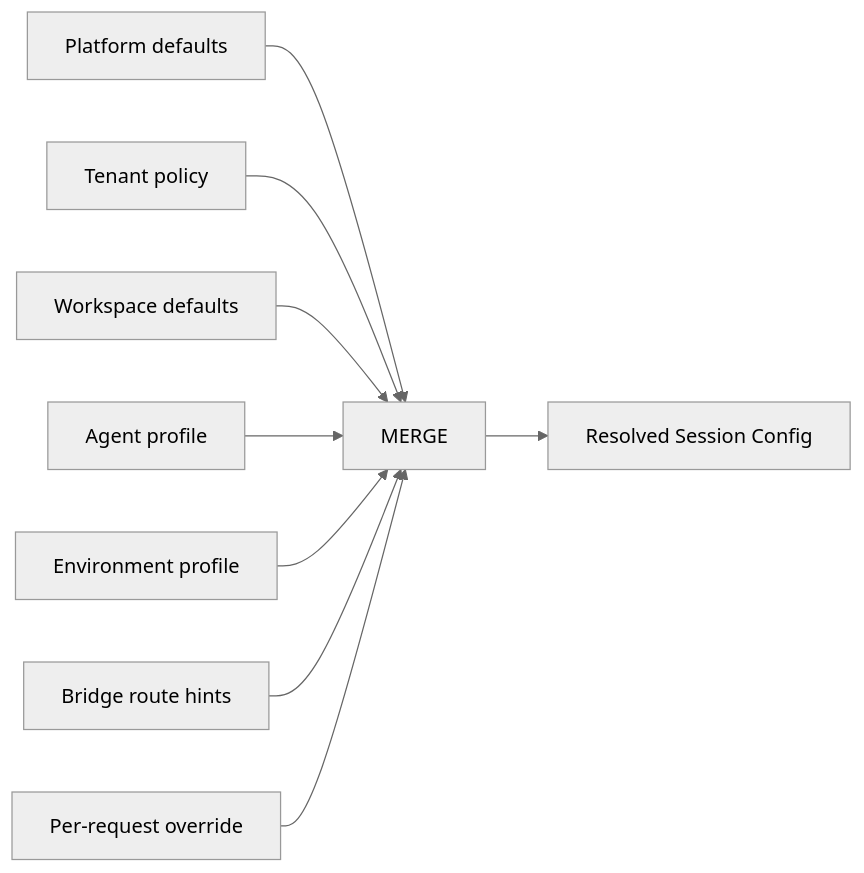
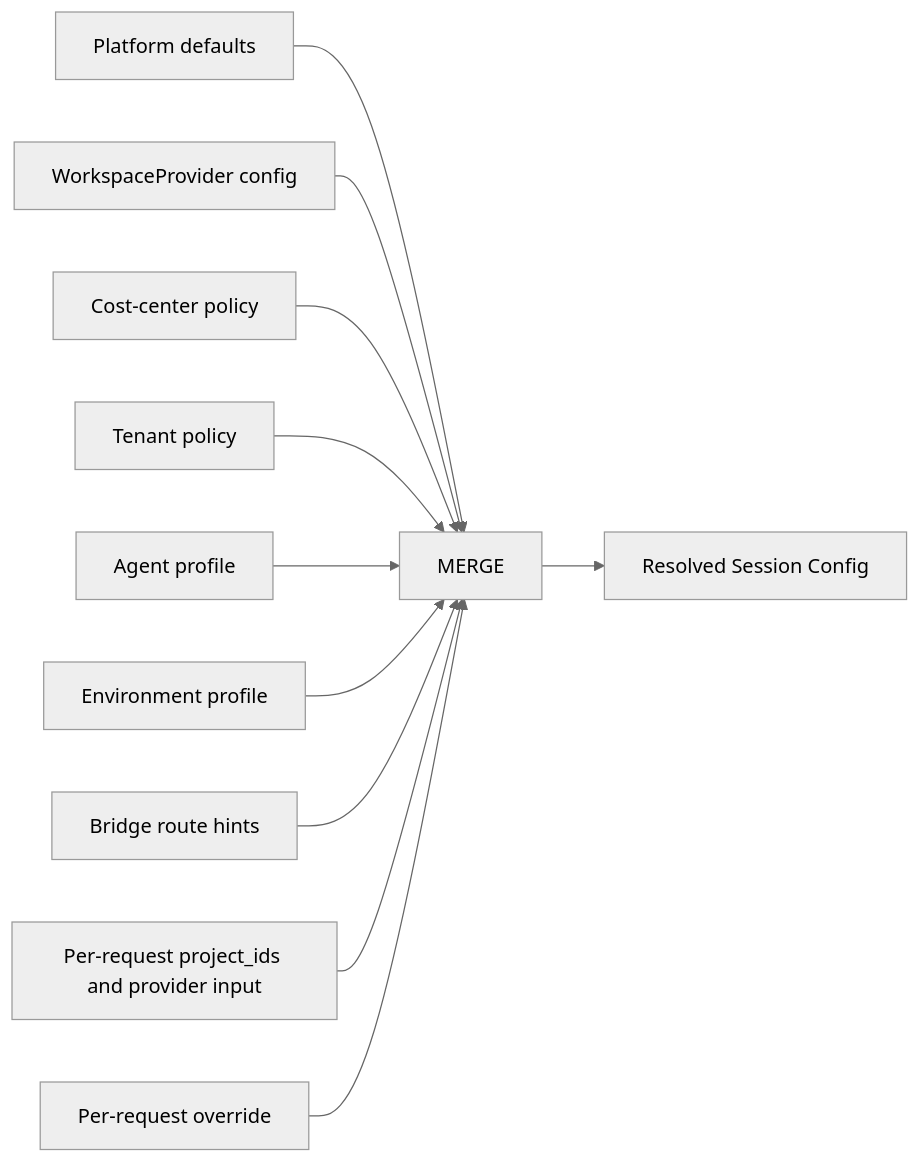
One commit to Wh1isper/ya-mono changed the second of 2 diagrams in packages/ya-agent-platform/spec/003-control-plane.md. Above: the diagram before and after it, drawn with Mermaid (neutral theme). The commit also changed other lines of this file and 24 other files, not shown here.

````diff
--- a/packages/ya-agent-platform/spec/003-control-plane.md
+++ b/packages/ya-agent-platform/spec/003-control-plane.md
@@ -99,11 +117,13 @@
 ```mermaid
 flowchart LR
     P0[Platform defaults] --> MERGE
-    P1[Tenant policy] --> MERGE
-    P2[Workspace defaults] --> MERGE
-    P3[Agent profile] --> MERGE
-    P4[Environment profile] --> MERGE
-    P5[Bridge route hints] --> MERGE
-    P6[Per-request override] --> MERGE
+    P1[WorkspaceProvider config] --> MERGE
+    P2[Cost-center policy] --> MERGE
+    P3[Tenant policy] --> MERGE
+    P4[Agent profile] --> MERGE
+    P5[Environment profile] --> MERGE
+    P6[Bridge route hints] --> MERGE
+    P7[Per-request project_ids and provider input] --> MERGE
+    P8[Per-request override] --> MERGE
     MERGE --> RC[Resolved Session Config]
 ```
````
